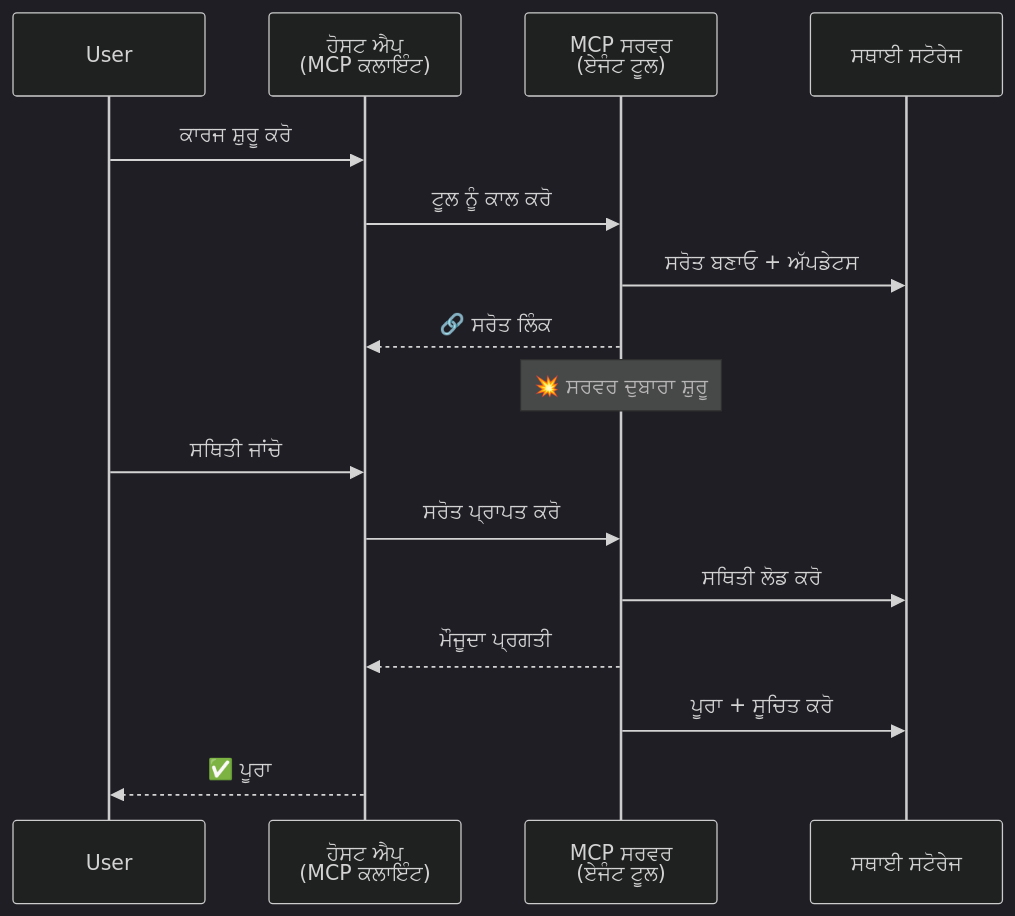
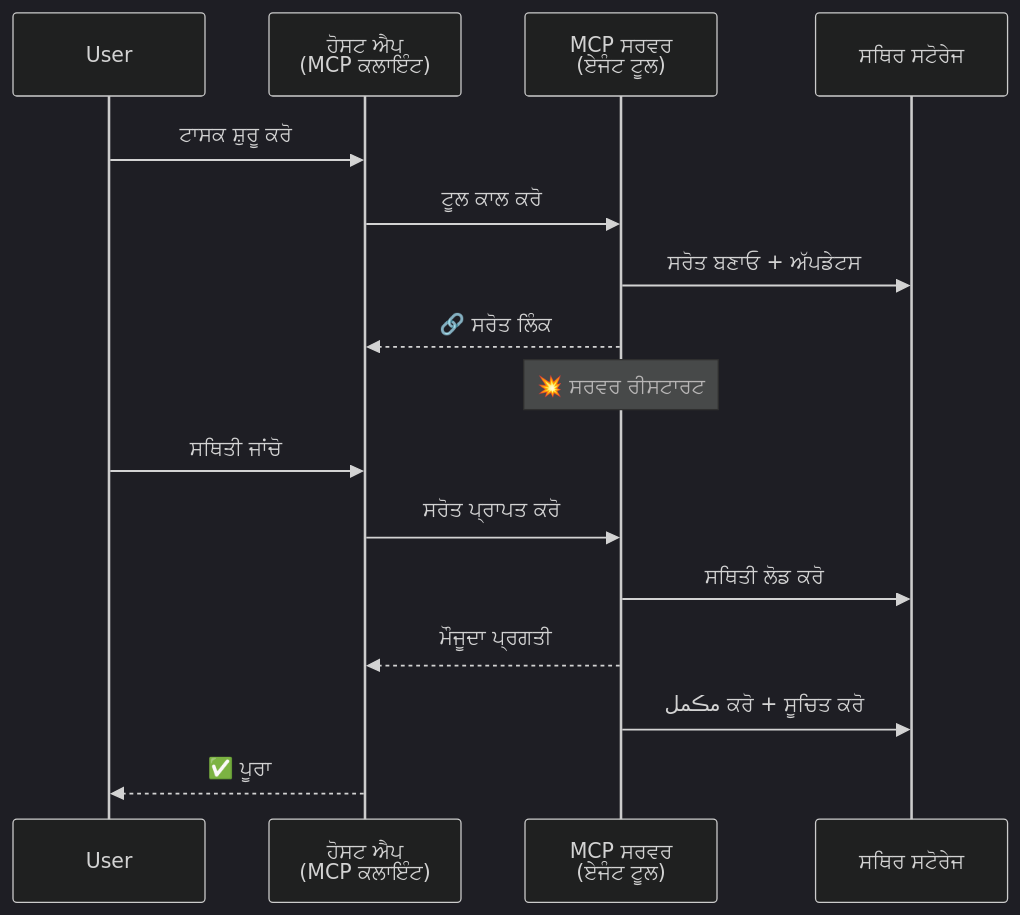
Before and after one commit to gabrielmoreira/agent-skills-mirror: the third of 5 diagrams in mirrors/repos/microsoft@ai-agents-for-beginners/translations/pa/11-agentic-protocols/code_samples/mcp-agents/README.md, drawn with Mermaid (dark theme). The commit also changed other lines of this file and 4262 other files, not shown here.

````diff
--- a/mirrors/repos/microsoft@ai-agents-for-beginners/translations/pa/11-agentic-protocols/code_samples/mcp-agents/README.md
+++ b/mirrors/repos/microsoft@ai-agents-for-beginners/translations/pa/11-agentic-protocols/code_samples/mcp-agents/README.md
@@ -123,21 +123,21 @@
 ```mermaid
 sequenceDiagram
     participant User
     participant Host as ਹੋਸਟ ਐਪ<br/>(MCP ਕਲਾਇੰਟ)
     participant Server as MCP ਸਰਵਰ<br/>(ਏਜੰਟ ਟੂਲ)
-    participant DB as ਸਥਾਈ ਸਟੋਰੇਜ
+    participant DB as ਸਥਿਰ ਸਟੋਰੇਜ
 
-    User->>Host: ਕਾਰਜ ਸ਼ੁਰੂ ਕਰੋ
-    Host->>Server: ਟੂਲ ਨੂੰ ਕਾਲ ਕਰੋ
+    User->>Host: ਟਾਸਕ ਸ਼ੁਰੂ ਕਰੋ
+    Host->>Server: ਟੂਲ ਕਾਲ ਕਰੋ
     Server->>DB: ਸਰੋਤ ਬਣਾਓ + ਅੱਪਡੇਟਸ
     Server-->>Host: 🔗 ਸਰੋਤ ਲਿੰਕ
 
-    Note over Server: 💥 ਸਰਵਰ ਦੁਬਾਰਾ ਸ਼ੁਰੂ
+    Note over Server: 💥 ਸਰਵਰ ਰੀਸਟਾਰਟ
 
     User->>Host: ਸਥਿਤੀ ਜਾਂਚੋ
     Host->>Server: ਸਰੋਤ ਪ੍ਰਾਪਤ ਕਰੋ
     Server->>DB: ਸਥਿਤੀ ਲੋਡ ਕਰੋ
     Server-->>Host: ਮੌਜੂਦਾ ਪ੍ਰਗਤੀ
-    Server->>DB: ਪੂਰਾ + ਸੂਚਿਤ ਕਰੋ
+    Server->>DB: مڪمل ਕਰੋ + ਸੂਚਿਤ ਕਰੋ
     Host-->>User: ✅ ਪੂਰਾ
 ```
````
